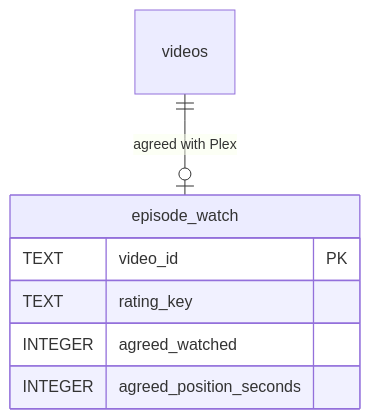
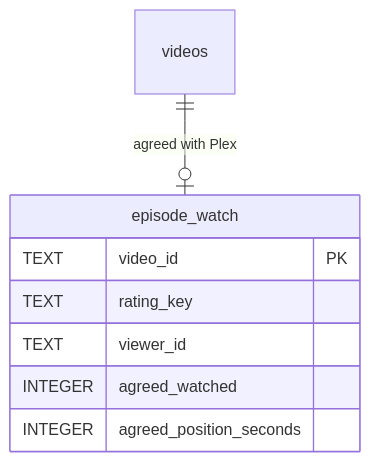
The third of 3 diagrams in openspec/changes/plex-watch-state-sync/design.md (sergigp/yarrtube), drawn with Mermaid before and after one commit. The commit also changed other lines of this file and 3 other files, not shown here.

````diff
--- a/openspec/changes/plex-watch-state-sync/design.md
+++ b/openspec/changes/plex-watch-state-sync/design.md
@@ -76,10 +78,11 @@
 ```mermaid
 erDiagram
   videos ||--o| episode_watch : "agreed with Plex"
   episode_watch {
     TEXT video_id PK
     TEXT rating_key
+    TEXT viewer_id
     INTEGER agreed_watched
     INTEGER agreed_position_seconds
   }
 ```
````
